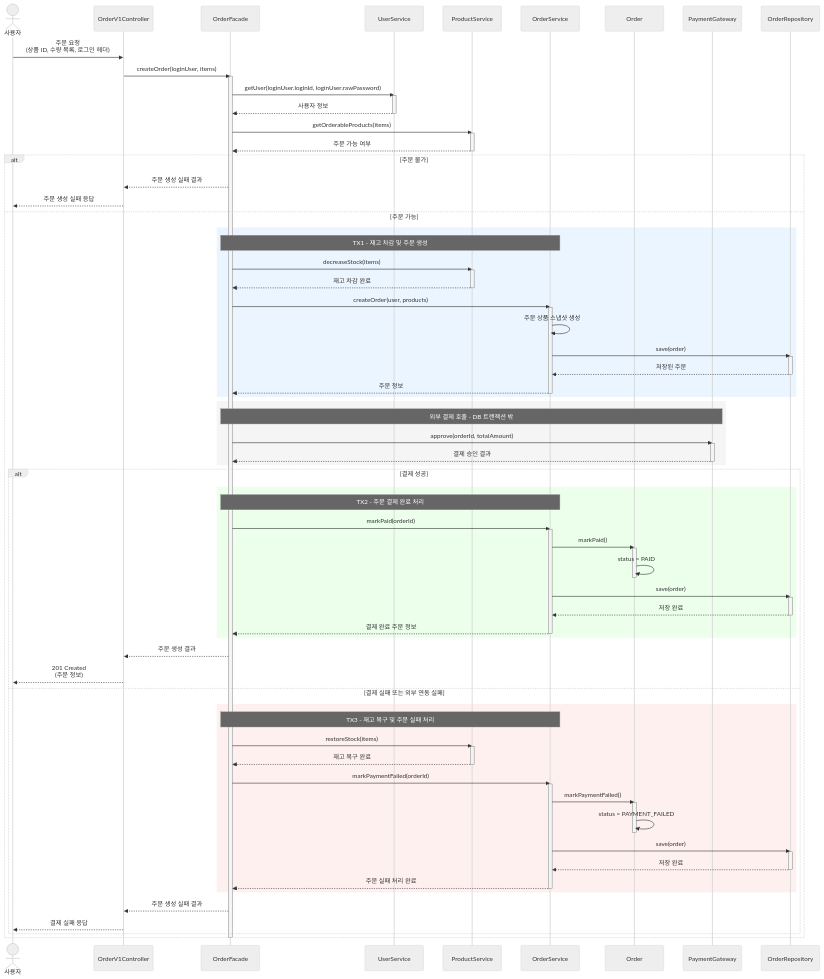
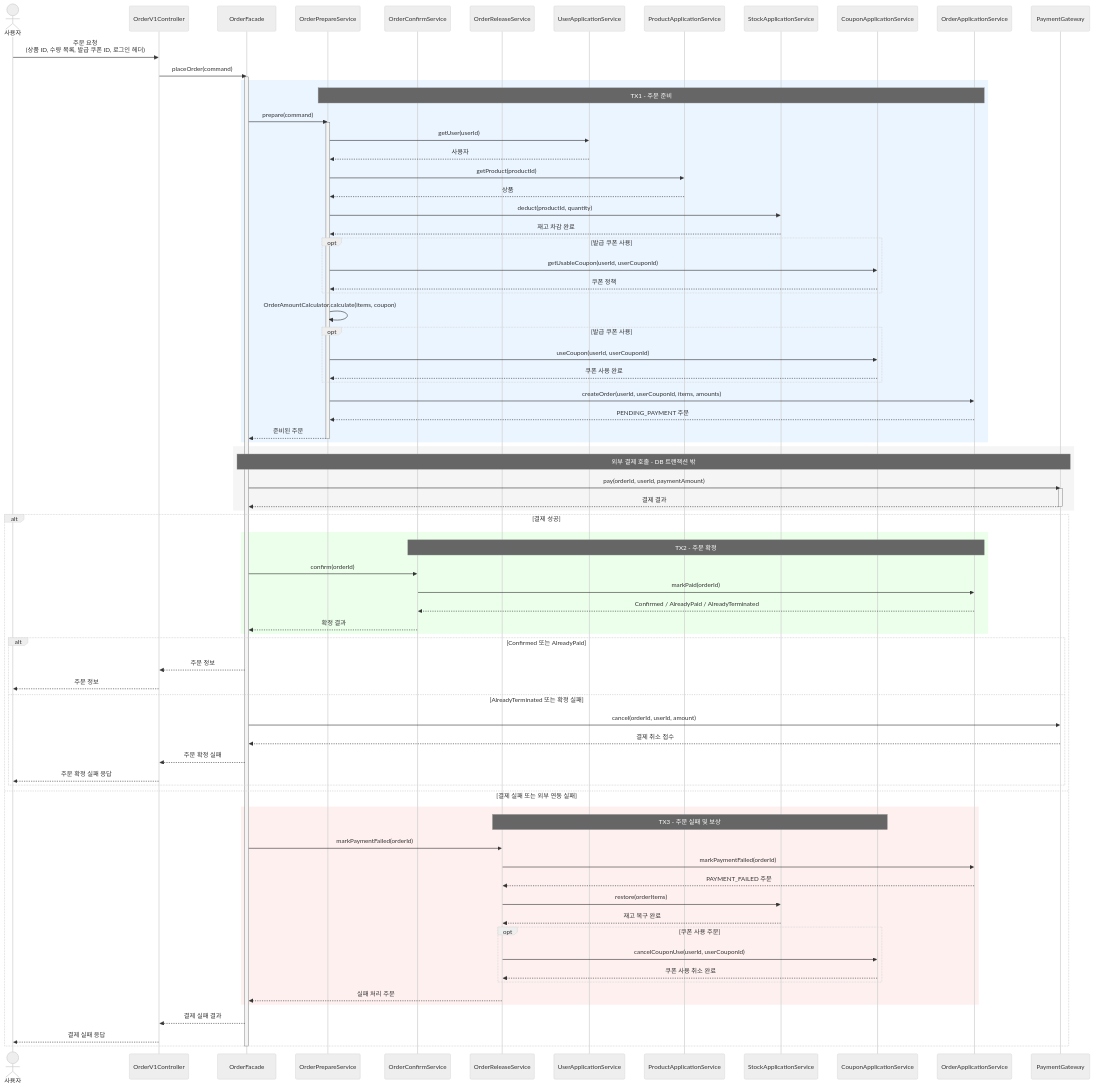
One commit to loopers-labs/loop-pack-be-l2-vol4-kotlin changed the second of 7 diagrams in docs/week2/02-sequence-diagrams.md. Above: the diagram before and after it, drawn with Mermaid (neutral theme). The commit also changed other lines of this file and 3 other files, not shown here.

````diff
--- a/docs/week2/02-sequence-diagrams.md
+++ b/docs/week2/02-sequence-diagrams.md
@@ -68,98 +87,86 @@
     actor User as 사용자
     participant Controller as OrderV1Controller
     participant Facade as OrderFacade
-    participant UserService as UserService
-    participant ProductService as ProductService
-    participant OrderService as OrderService
-    participant Order as Order
+    participant PrepareService as OrderPrepareService
+    participant ConfirmService as OrderConfirmService
+    participant ReleaseService as OrderReleaseService
+    participant UserService as UserApplicationService
+    participant ProductService as ProductApplicationService
+    participant StockService as StockApplicationService
+    participant CouponService as CouponApplicationService
+    participant OrderService as OrderApplicationService
     participant PaymentGateway as PaymentGateway
-    participant OrderRepository as OrderRepository
 
-    User->>Controller: 주문 요청<br/>(상품 ID, 수량 목록, 로그인 헤더)
-    Controller->>Facade: createOrder(loginUser, items)
+    User->>Controller: 주문 요청<br/>(상품 ID, 수량 목록, 발급 쿠폰 ID, 로그인 헤더)
+    Controller->>Facade: placeOrder(command)
     activate Facade
 
-    Facade->>UserService: getUser(loginUser.loginId, loginUser.rawPassword)
-    activate UserService
-    UserService-->>Facade: 사용자 정보
-    deactivate UserService
+    rect rgb(235, 245, 255)
+        Note over PrepareService,OrderService: TX1 - 주문 준비
+        Facade->>PrepareService: prepare(command)
+        activate PrepareService
+        PrepareService->>UserService: getUser(userId)
+        UserService-->>PrepareService: 사용자
+        PrepareService->>ProductService: getProduct(productId)
+        ProductService-->>PrepareService: 상품
+        PrepareService->>StockService: deduct(productId, quantity)
+        StockService-->>PrepareService: 재고 차감 완료
+        opt 발급 쿠폰 사용
+            PrepareService->>CouponService: getUsableCoupon(userId, userCouponId)
+            CouponService-->>PrepareService: 쿠폰 정책
+        end
+        PrepareService->>PrepareService: OrderAmountCalculator.calculate(items, coupon)
+        opt 발급 쿠폰 사용
+            PrepareService->>CouponService: useCoupon(userId, userCouponId)
+            CouponService-->>PrepareService: 쿠폰 사용 완료
+        end
+        PrepareService->>OrderService: createOrder(userId, userCouponId, items, amounts)
+        OrderService-->>PrepareService: PENDING_PAYMENT 주문
+        PrepareService-->>Facade: 준비된 주문
+        deactivate PrepareService
+    end
 
-    Facade->>ProductService: getOrderableProducts(items)
-    activate ProductService
-    ProductService-->>Facade: 주문 가능 여부
-    deactivate ProductService
+    rect rgb(245, 245, 245)
+        Note over Facade,PaymentGateway: 외부 결제 호출 - DB 트랜잭션 밖
+        Facade->>PaymentGateway: pay(orderId, userId, paymentAmount)
+        activate PaymentGateway
+        PaymentGateway-->>Facade: 결제 결과
+        deactivate PaymentGateway
+    end
 
-    alt 주문 불가
-        Facade-->>Controller: 주문 생성 실패 결과
-        Controller-->>User: 주문 생성 실패 응답
-    else 주문 가능
-        rect rgb(235, 245, 255)
-            Note over Facade,OrderService: TX1 - 재고 차감 및 주문 생성
-            Facade->>ProductService: decreaseStock(items)
-            activate ProductService
-            ProductService-->>Facade: 재고 차감 완료
-            deactivate ProductService
-
-            Facade->>OrderService: createOrder(user, products)
-            activate OrderService
-            OrderService->>OrderService: 주문 상품 스냅샷 생성
-            OrderService->>OrderRepository: save(order)
-            activate OrderRepository
-            OrderRepository-->>OrderService: 저장된 주문
-            deactivate OrderRepository
-            OrderService-->>Facade: 주문 정보
-            deactivate OrderService
+    alt 결제 성공
+        rect rgb(235, 255, 235)
+            Note over ConfirmService,OrderService: TX2 - 주문 확정
+            Facade->>ConfirmService: confirm(orderId)
+            ConfirmService->>OrderService: markPaid(orderId)
+            OrderService-->>ConfirmService: Confirmed / AlreadyPaid / AlreadyTerminated
+            ConfirmService-->>Facade: 확정 결과
         end
-
-        rect rgb(245, 245, 245)
-            Note over Facade,PaymentGateway: 외부 결제 호출 - DB 트랜잭션 밖
-            Facade->>PaymentGateway: approve(orderId, totalAmount)
-            activate PaymentGateway
-            PaymentGateway-->>Facade: 결제 승인 결과
-            deactivate PaymentGateway
+        alt Confirmed 또는 AlreadyPaid
+            Facade-->>Controller: 주문 정보
+            Controller-->>User: 주문 정보
+        else AlreadyTerminated 또는 확정 실패
+            Facade->>PaymentGateway: cancel(orderId, userId, amount)
+            PaymentGateway-->>Facade: 결제 취소 접수
+            Facade-->>Controller: 주문 확정 실패
+            Controller-->>User: 주문 확정 실패 응답
         end
-
-        alt 결제 성공
-            rect rgb(235, 255, 235)
-                Note over Facade,OrderService: TX2 - 주문 결제 완료 처리
-                Facade->>OrderService: markPaid(orderId)
-                activate OrderService
-                OrderService->>Order: markPaid()
-                activate Order
-                Order->>Order: status = PAID
-                deactivate Order
-                OrderService->>OrderRepository: save(order)
-                activate OrderRepository
-                OrderRepository-->>OrderService: 저장 완료
-                deactivate OrderRepository
-                OrderService-->>Facade: 결제 완료 주문 정보
-                deactivate OrderService
+    else 결제 실패 또는 외부 연동 실패
+        rect rgb(255, 240, 240)
+            Note over ReleaseService,CouponService: TX3 - 주문 실패 및 보상
+            Facade->>ReleaseService: markPaymentFailed(orderId)
+            ReleaseService->>OrderService: markPaymentFailed(orderId)
+            OrderService-->>ReleaseService: PAYMENT_FAILED 주문
+            ReleaseService->>StockService: restore(orderItems)
+            StockService-->>ReleaseService: 재고 복구 완료
+            opt 쿠폰 사용 주문
+                ReleaseService->>CouponService: cancelCouponUse(userId, userCouponId)
+                CouponService-->>ReleaseService: 쿠폰 사용 취소 완료
             end
-            Facade-->>Controller: 주문 생성 결과
-            Controller-->>User: 201 Created<br/>(주문 정보)
-        else 결제 실패 또는 외부 연동 실패
-            rect rgb(255, 240, 240)
-                Note over Facade,OrderService: TX3 - 재고 복구 및 주문 실패 처리
-                Facade->>ProductService: restoreStock(items)
-                activate ProductService
-                ProductService-->>Facade: 재고 복구 완료
-                deactivate ProductService
-                Facade->>OrderService: markPaymentFailed(orderId)
-                activate OrderService
-                OrderService->>Order: markPaymentFailed()
-                activate Order
-                Order->>Order: status = PAYMENT_FAILED
-                deactivate Order
-                OrderService->>OrderRepository: save(order)
-                activate OrderRepository
-                OrderRepository-->>OrderService: 저장 완료
-                deactivate OrderRepository
-                OrderService-->>Facade: 주문 실패 처리 완료
-                deactivate OrderService
-            end
-            Facade-->>Controller: 주문 생성 실패 결과
-            Controller-->>User: 결제 실패 응답
+            ReleaseService-->>Facade: 실패 처리 주문
         end
+        Facade-->>Controller: 결제 실패 결과
+        Controller-->>User: 결제 실패 응답
     end
     deactivate Facade
 ```
````
